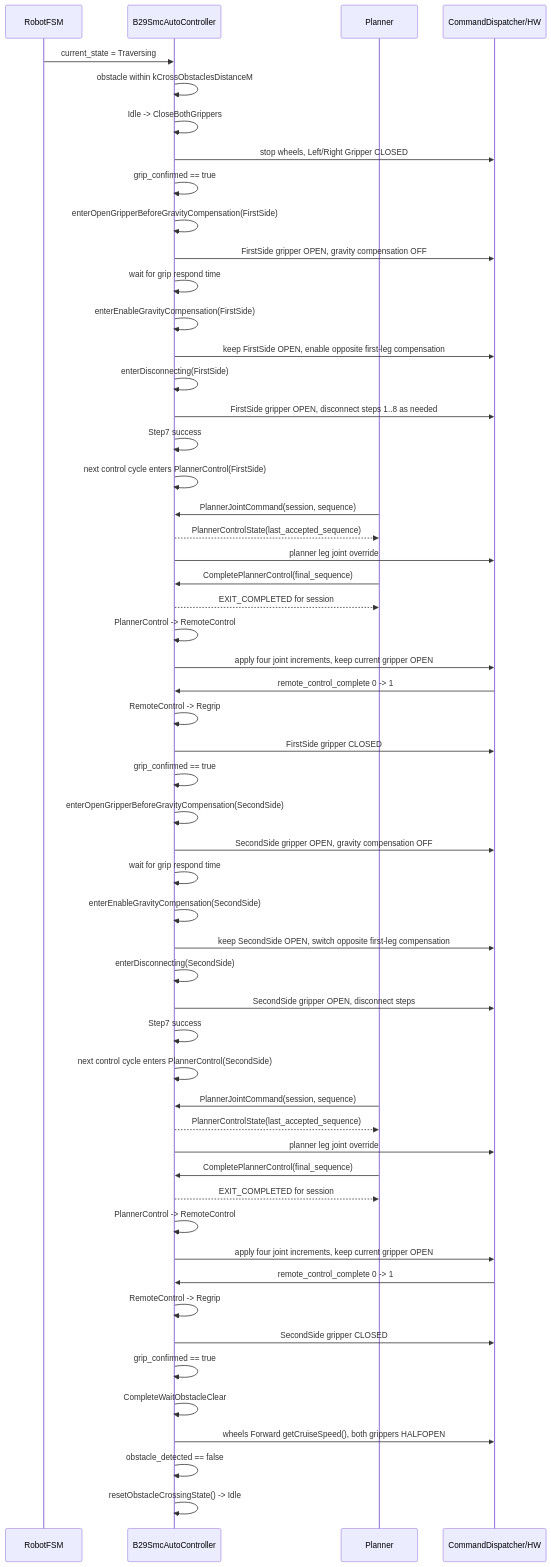
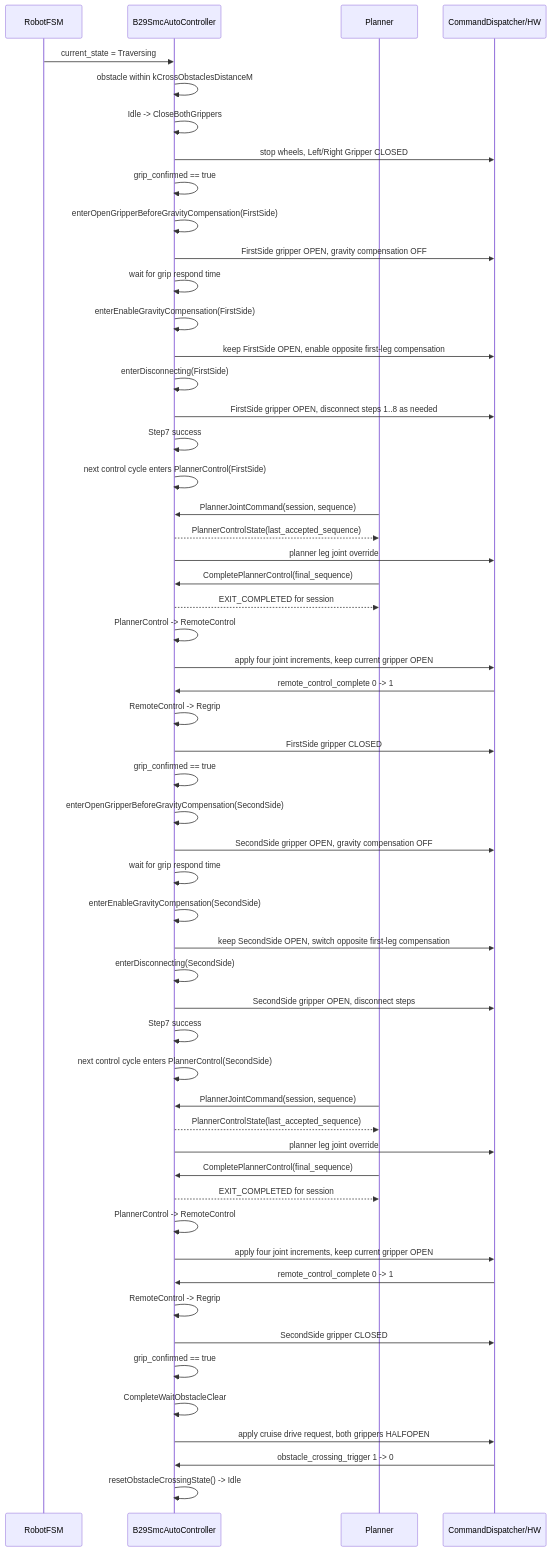
One commit to major173/b29_control changed diagram 11 of 12 in b29_controllers/b29_smc_auto_controller/OBSTACLE_CROSSING_WORKFLOW.md. Above: the diagram before and after it, drawn with Mermaid. The commit also changed other lines of this file and 44 other files, not shown here.

Commit message:
Update the communication protocol, migrate the state‑switching logic to the lower‑level controller, and add obstacle‑crossing direction determination based on drive wheel odometry.

````diff
--- a/b29_controllers/b29_smc_auto_controller/OBSTACLE_CROSSING_WORKFLOW.md
+++ b/b29_controllers/b29_smc_auto_controller/OBSTACLE_CROSSING_WORKFLOW.md
@@ -749,57 +755,57 @@
 ```mermaid
 sequenceDiagram
   participant RFSM as RobotFSM
   participant CTRL as B29SmcAutoController
   participant PLAN as Planner
   participant HW as CommandDispatcher/HW
 
   RFSM->>CTRL: current_state = Traversing
   CTRL->>CTRL: obstacle within kCrossObstaclesDistanceM
   CTRL->>CTRL: Idle -> CloseBothGrippers
   CTRL->>HW: stop wheels, Left/Right Gripper CLOSED
   CTRL->>CTRL: grip_confirmed == true
   CTRL->>CTRL: enterOpenGripperBeforeGravityCompensation(FirstSide)
   CTRL->>HW: FirstSide gripper OPEN, gravity compensation OFF
   CTRL->>CTRL: wait for grip respond time
   CTRL->>CTRL: enterEnableGravityCompensation(FirstSide)
   CTRL->>HW: keep FirstSide OPEN, enable opposite first-leg compensation
   CTRL->>CTRL: enterDisconnecting(FirstSide)
   CTRL->>HW: FirstSide gripper OPEN, disconnect steps 1..8 as needed
   CTRL->>CTRL: Step7 success
   CTRL->>CTRL: next control cycle enters PlannerControl(FirstSide)
   PLAN->>CTRL: PlannerJointCommand(session, sequence)
   CTRL-->>PLAN: PlannerControlState(last_accepted_sequence)
   CTRL->>HW: planner leg joint override
   PLAN->>CTRL: CompletePlannerControl(final_sequence)
   CTRL-->>PLAN: EXIT_COMPLETED for session
   CTRL->>CTRL: PlannerControl -> RemoteControl
   CTRL->>HW: apply four joint increments, keep current gripper OPEN
   HW->>CTRL: remote_control_complete 0 -> 1
   CTRL->>CTRL: RemoteControl -> Regrip
   CTRL->>HW: FirstSide gripper CLOSED
   CTRL->>CTRL: grip_confirmed == true
   CTRL->>CTRL: enterOpenGripperBeforeGravityCompensation(SecondSide)
   CTRL->>HW: SecondSide gripper OPEN, gravity compensation OFF
   CTRL->>CTRL: wait for grip respond time
   CTRL->>CTRL: enterEnableGravityCompensation(SecondSide)
   CTRL->>HW: keep SecondSide OPEN, switch opposite first-leg compensation
   CTRL->>CTRL: enterDisconnecting(SecondSide)
   CTRL->>HW: SecondSide gripper OPEN, disconnect steps
   CTRL->>CTRL: Step7 success
   CTRL->>CTRL: next control cycle enters PlannerControl(SecondSide)
   PLAN->>CTRL: PlannerJointCommand(session, sequence)
   CTRL-->>PLAN: PlannerControlState(last_accepted_sequence)
   CTRL->>HW: planner leg joint override
   PLAN->>CTRL: CompletePlannerControl(final_sequence)
   CTRL-->>PLAN: EXIT_COMPLETED for session
   CTRL->>CTRL: PlannerControl -> RemoteControl
   CTRL->>HW: apply four joint increments, keep current gripper OPEN
   HW->>CTRL: remote_control_complete 0 -> 1
   CTRL->>CTRL: RemoteControl -> Regrip
   CTRL->>HW: SecondSide gripper CLOSED
   CTRL->>CTRL: grip_confirmed == true
   CTRL->>CTRL: CompleteWaitObstacleClear
-  CTRL->>HW: wheels Forward getCruiseSpeed(), both grippers HALFOPEN
-  CTRL->>CTRL: obstacle_detected == false
+  CTRL->>HW: apply cruise drive request, both grippers HALFOPEN
+  HW->>CTRL: obstacle_crossing_trigger 1 -> 0
   CTRL->>CTRL: resetObstacleCrossingState() -> Idle
 ```
````
